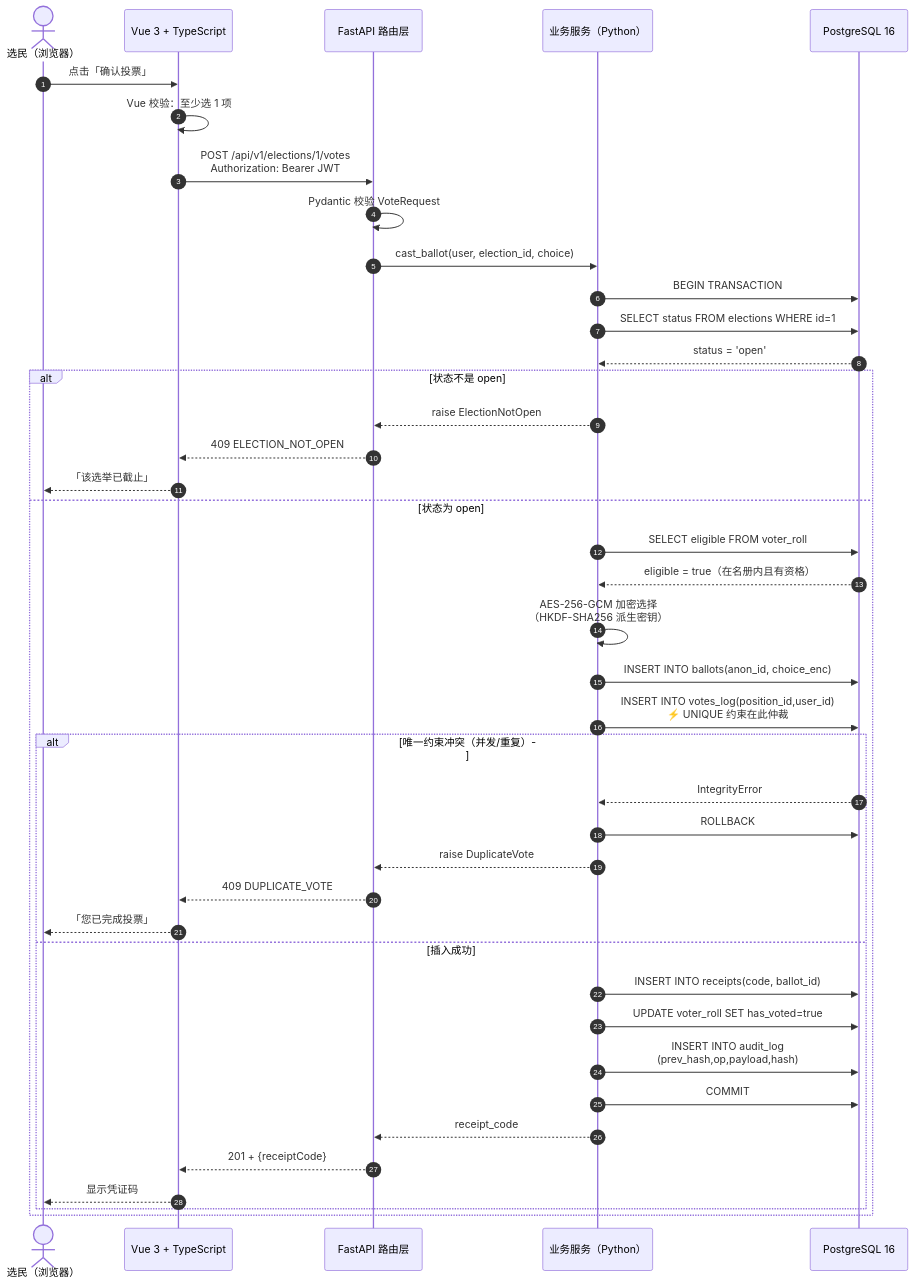
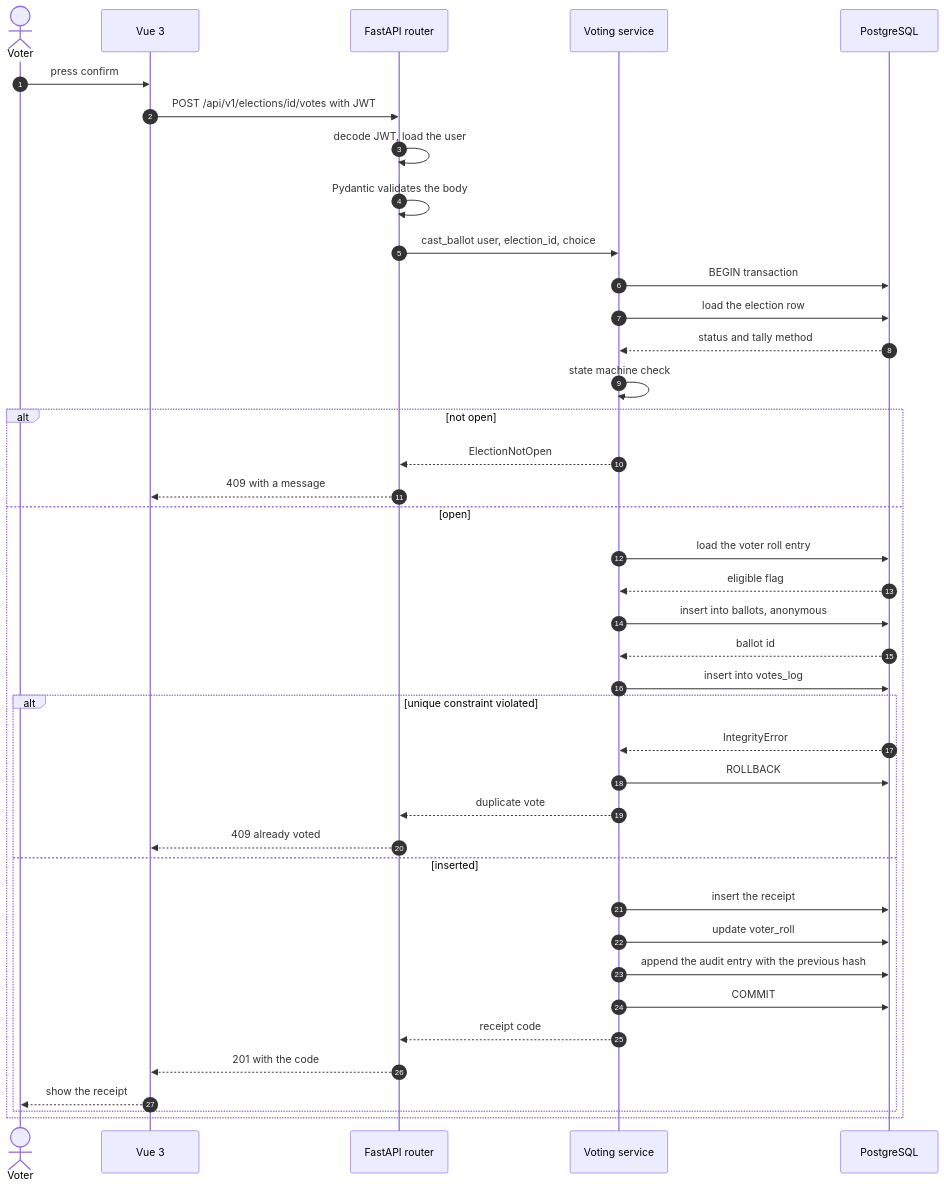
One commit to David-echo/COMP3500_group_project changed the fourth of 5 diagrams in docs/02-flowchart-with-tech-stack.md. Above: the diagram before and after it, drawn with Mermaid. The commit also changed other lines of this file and 82 other files, not shown here.

First line of the commit message:
docs: translate the repository to English and re-render all diagrams

````diff
--- a/docs/02-flowchart-with-tech-stack.md
+++ b/docs/02-flowchart-with-tech-stack.md
@@ -221,47 +165,43 @@
 ```mermaid
 sequenceDiagram
     autonumber
-    actor V as 选民（浏览器）
-    participant FE as Vue 3 + TypeScript
-    participant RT as FastAPI 路由层
-    participant SC as 业务服务（Python）
-    participant DB as PostgreSQL 16
+    actor V as Voter
+    participant FE as Vue 3
+    participant RT as FastAPI router
+    participant SV as Voting service
+    participant DB as PostgreSQL
 
-    V->>FE: 点击「确认投票」
-    FE->>FE: Vue 校验：至少选 1 项
-    FE->>RT: POST /api/v1/elections/1/votes<br/>Authorization: Bearer JWT
-    RT->>RT: Pydantic 校验 VoteRequest
-
-    RT->>SC: cast_ballot(user, election_id, choice)
-    SC->>DB: BEGIN TRANSACTION
-    SC->>DB: SELECT status FROM elections WHERE id=1
-    DB-->>SC: status = 'open'
-
-    alt 状态不是 open
-        SC-->>RT: raise ElectionNotOpen
-        RT-->>FE: 409 ELECTION_NOT_OPEN
-        FE-->>V: 「该选举已截止」
-    else 状态为 open
-        SC->>DB: SELECT eligible FROM voter_roll
-        DB-->>SC: eligible = true（在名册内且有资格）
-        SC->>SC: AES-256-GCM 加密选择<br/>（HKDF-SHA256 派生密钥）
-        SC->>DB: INSERT INTO ballots(anon_id, choice_enc)
-        SC->>DB: INSERT INTO votes_log(position_id,user_id)<br/>⚡ UNIQUE 约束在此仲裁
-
-        alt 唯一约束冲突（并发/重复）
-            DB-->>SC: IntegrityError
-            SC->>DB: ROLLBACK
-            SC-->>RT: raise DuplicateVote
-            RT-->>FE: 409 DUPLICATE_VOTE
-            FE-->>V: 「您已完成投票」
-        else 插入成功
-            SC->>DB: INSERT INTO receipts(code, ballot_id)
-            SC->>DB: UPDATE voter_roll SET has_voted=true
-            SC->>DB: INSERT INTO audit_log<br/>(prev_hash,op,payload,hash)
-            SC->>DB: COMMIT
-            SC-->>RT: receipt_code
-            RT-->>FE: 201 + {receiptCode}
-            FE-->>V: 显示凭证码
+    V->>FE: press confirm
+    FE->>RT: POST /api/v1/elections/id/votes with JWT
+    RT->>RT: decode JWT, load the user
+    RT->>RT: Pydantic validates the body
+    RT->>SV: cast_ballot user, election_id, choice
+    SV->>DB: BEGIN transaction
+    SV->>DB: load the election row
+    DB-->>SV: status and tally method
+    SV->>SV: state machine check
+    alt not open
+        SV-->>RT: ElectionNotOpen
+        RT-->>FE: 409 with a message
+    else open
+        SV->>DB: load the voter roll entry
+        DB-->>SV: eligible flag
+        SV->>DB: insert into ballots, anonymous
+        DB-->>SV: ballot id
+        SV->>DB: insert into votes_log
+        alt unique constraint violated
+            DB-->>SV: IntegrityError
+            SV->>DB: ROLLBACK
+            SV-->>RT: duplicate vote
+            RT-->>FE: 409 already voted
+        else inserted
+            SV->>DB: insert the receipt
+            SV->>DB: update voter_roll
+            SV->>DB: append the audit entry with the previous hash
+            SV->>DB: COMMIT
+            SV-->>RT: receipt code
+            RT-->>FE: 201 with the code
+            FE-->>V: show the receipt
         end
     end
 ```
````
